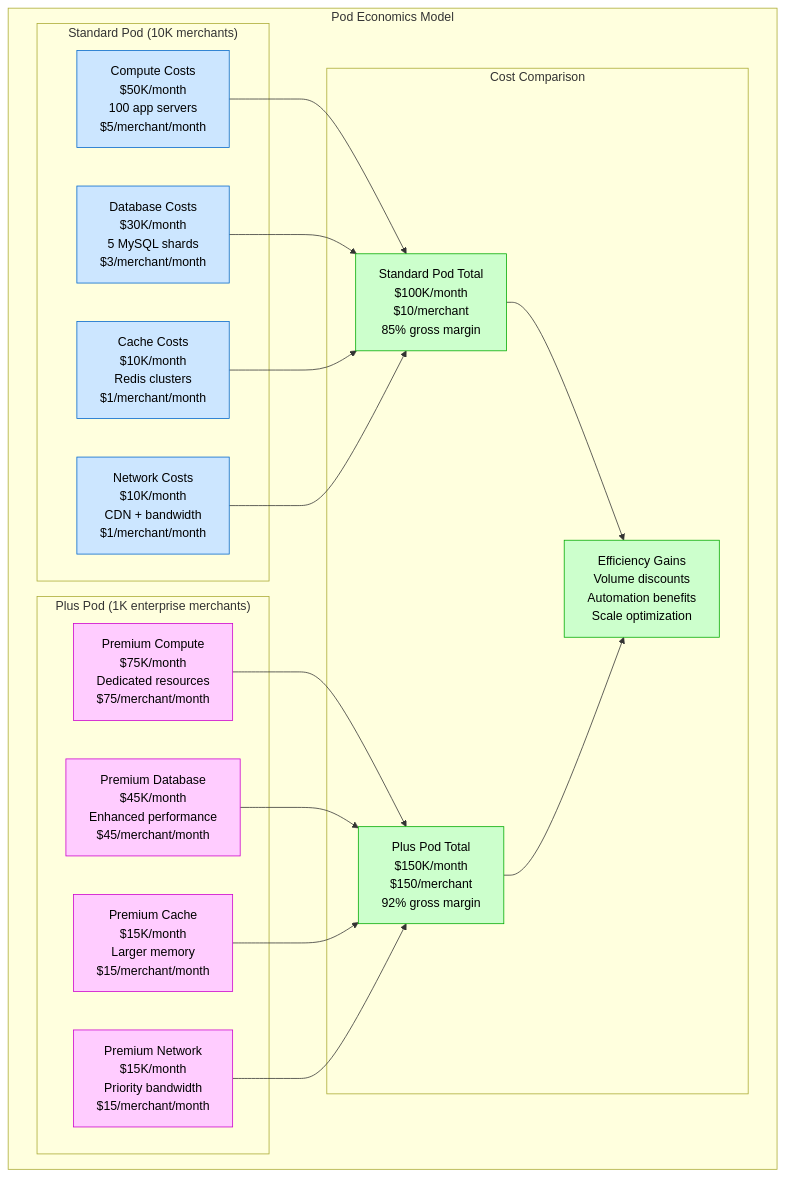
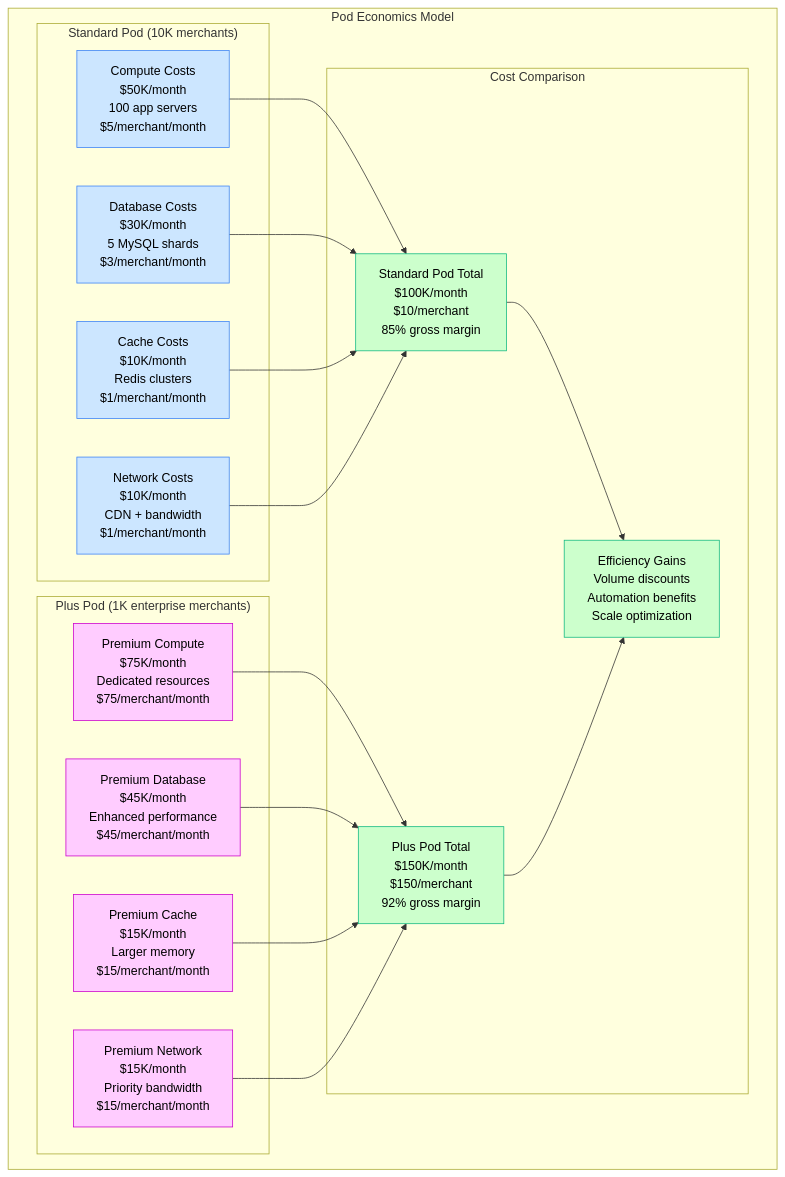
The third of 9 diagrams in site/docs/systems/shopify/cost-breakdown.md (deepaucksharma/DS), drawn with Mermaid before and after one commit. The commit also changed other lines of this file and 303 other files, not shown here.

````diff
--- a/site/docs/systems/shopify/cost-breakdown.md
+++ b/site/docs/systems/shopify/cost-breakdown.md
@@ -142,47 +142,47 @@
 ```mermaid
 graph TB
     subgraph "Pod Economics Model"
         subgraph "Standard Pod (10K merchants)"
             POD_COMPUTE[Compute Costs<br/>$50K/month<br/>100 app servers<br/>$5/merchant/month]
             POD_DATABASE[Database Costs<br/>$30K/month<br/>5 MySQL shards<br/>$3/merchant/month]
             POD_CACHE[Cache Costs<br/>$10K/month<br/>Redis clusters<br/>$1/merchant/month]
             POD_NETWORK[Network Costs<br/>$10K/month<br/>CDN + bandwidth<br/>$1/merchant/month]
         end
 
         subgraph "Plus Pod (1K enterprise merchants)"
             PLUS_COMPUTE[Premium Compute<br/>$75K/month<br/>Dedicated resources<br/>$75/merchant/month]
             PLUS_DATABASE[Premium Database<br/>$45K/month<br/>Enhanced performance<br/>$45/merchant/month]
             PLUS_CACHE[Premium Cache<br/>$15K/month<br/>Larger memory<br/>$15/merchant/month]
             PLUS_NETWORK[Premium Network<br/>$15K/month<br/>Priority bandwidth<br/>$15/merchant/month]
         end
 
         subgraph "Cost Comparison"
             STANDARD_TOTAL[Standard Pod Total<br/>$100K/month<br/>$10/merchant<br/>85% gross margin]
             PLUS_TOTAL[Plus Pod Total<br/>$150K/month<br/>$150/merchant<br/>92% gross margin]
             EFFICIENCY_GAIN[Efficiency Gains<br/>Volume discounts<br/>Automation benefits<br/>Scale optimization]
         end
     end
 
     %% Pod cost flows
     POD_COMPUTE --> STANDARD_TOTAL
     POD_DATABASE --> STANDARD_TOTAL
     POD_CACHE --> STANDARD_TOTAL
     POD_NETWORK --> STANDARD_TOTAL
 
     PLUS_COMPUTE --> PLUS_TOTAL
     PLUS_DATABASE --> PLUS_TOTAL
     PLUS_CACHE --> PLUS_TOTAL
     PLUS_NETWORK --> PLUS_TOTAL
 
     STANDARD_TOTAL --> EFFICIENCY_GAIN
     PLUS_TOTAL --> EFFICIENCY_GAIN
 
     %% Apply pod colors
-    classDef standardStyle fill:#CCE6FF,stroke:#0066CC,color:#000
+    classDef standardStyle fill:#CCE6FF,stroke:#3B82F6,color:#000
     classDef plusStyle fill:#FFCCFF,stroke:#CC00CC,color:#000
-    classDef comparisonStyle fill:#CCFFCC,stroke:#00AA00,color:#000
+    classDef comparisonStyle fill:#CCFFCC,stroke:#10B981,color:#000
 
     class POD_COMPUTE,POD_DATABASE,POD_CACHE,POD_NETWORK standardStyle
     class PLUS_COMPUTE,PLUS_DATABASE,PLUS_CACHE,PLUS_NETWORK plusStyle
     class STANDARD_TOTAL,PLUS_TOTAL,EFFICIENCY_GAIN comparisonStyle
 ```
````
